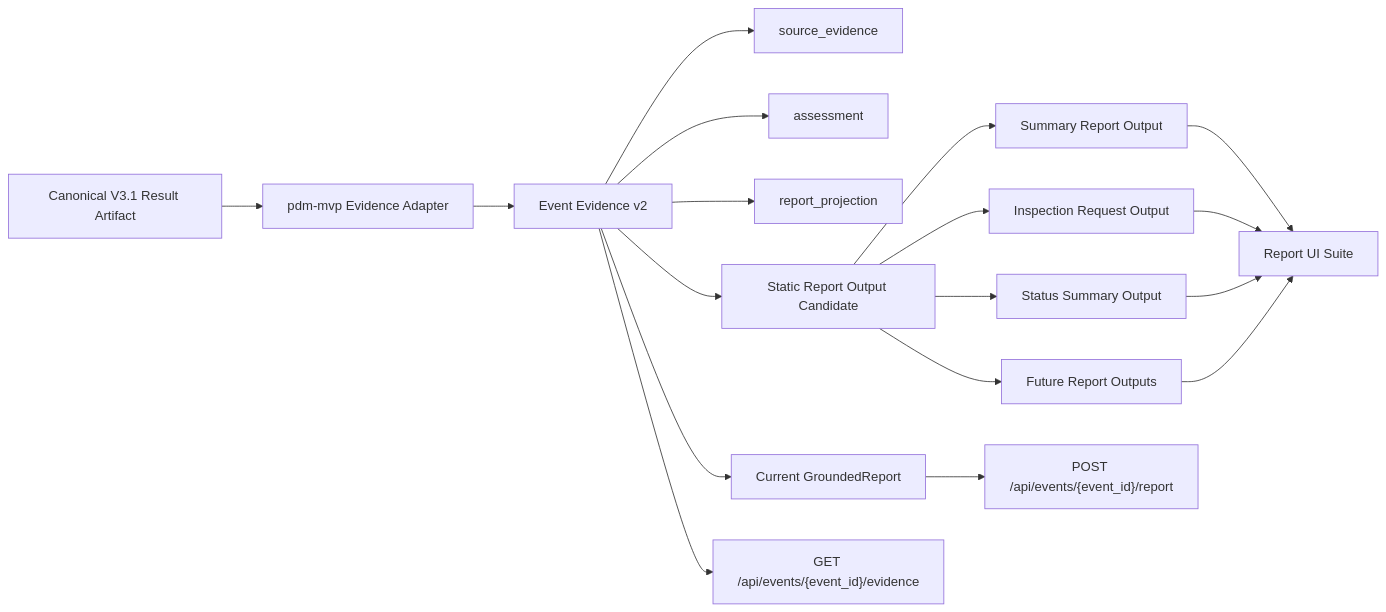
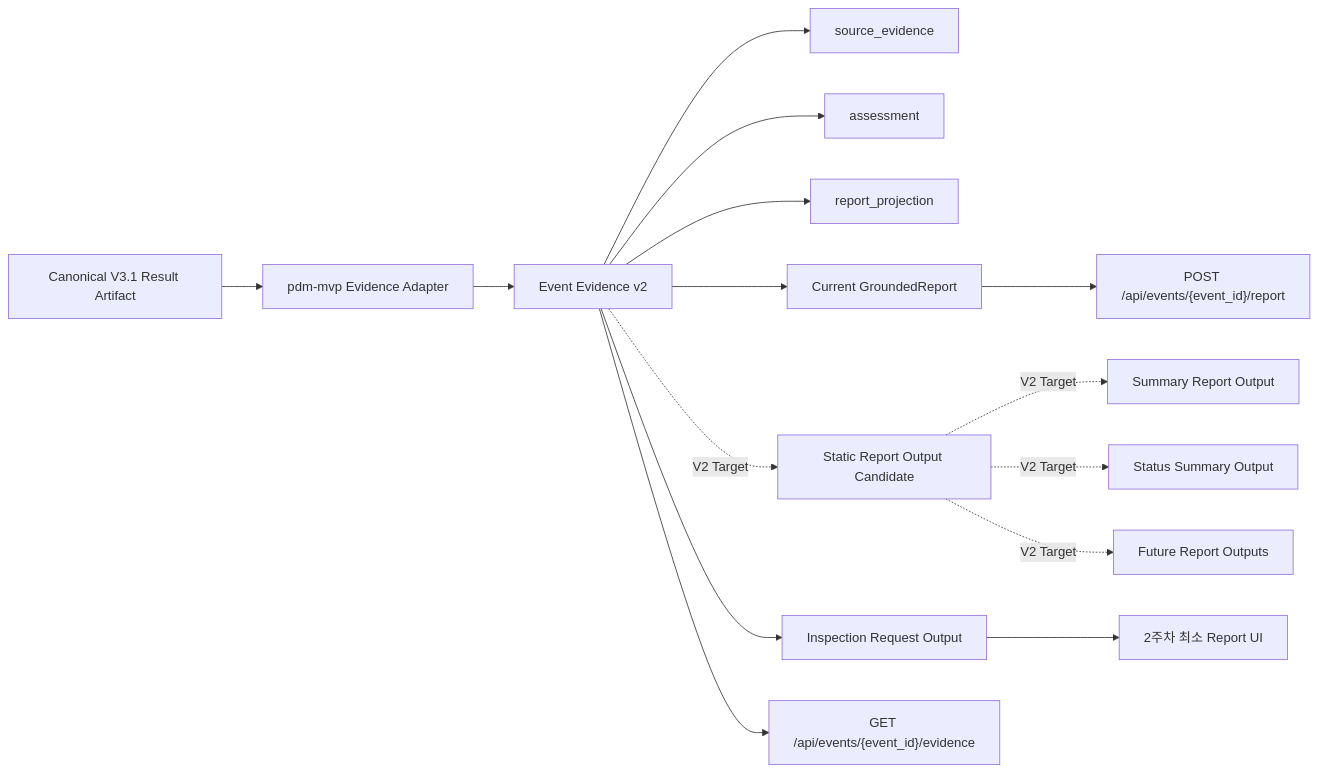
One commit to Biz-CollabCraft/ontology_dashboard changed the diagram in docs/mentoring-mvp-2026-08/pdm-evidence-report-ui-integration-plan.md. Above: the diagram before and after it, drawn with Mermaid. The commit also changed other lines of this file, not shown here.

````diff
--- a/docs/mentoring-mvp-2026-08/pdm-evidence-report-ui-integration-plan.md
+++ b/docs/mentoring-mvp-2026-08/pdm-evidence-report-ui-integration-plan.md
@@ -38,20 +52,17 @@
 ```mermaid
 flowchart LR
   A["Canonical V3.1 Result Artifact"] --> B["pdm-mvp Evidence Adapter"]
   B --> C["Event Evidence v2"]
   C --> C1["source_evidence"]
   C --> C2["assessment"]
   C --> C3["report_projection"]
   C --> D["Current GroundedReport"]
-  C --> E["Static Report Output Candidate"]
-  E --> F["Summary Report Output"]
-  E --> G["Inspection Request Output"]
-  E --> H["Status Summary Output"]
-  E --> L["Future Report Outputs"]
+  C -. "V2 Target" .-> E["Static Report Output Candidate"]
+  E -. "V2 Target" .-> F["Summary Report Output"]
+  C --> G["Inspection Request Output"]
+  E -. "V2 Target" .-> H["Status Summary Output"]
+  E -. "V2 Target" .-> L["Future Report Outputs"]
   C --> I["GET /api/events/{event_id}/evidence"]
   D --> J["POST /api/events/{event_id}/report"]
-  F --> K["Report UI Suite"]
-  G --> K
-  H --> K
-  L --> K
+  G --> K["2주차 최소 Report UI"]
 ```
````
